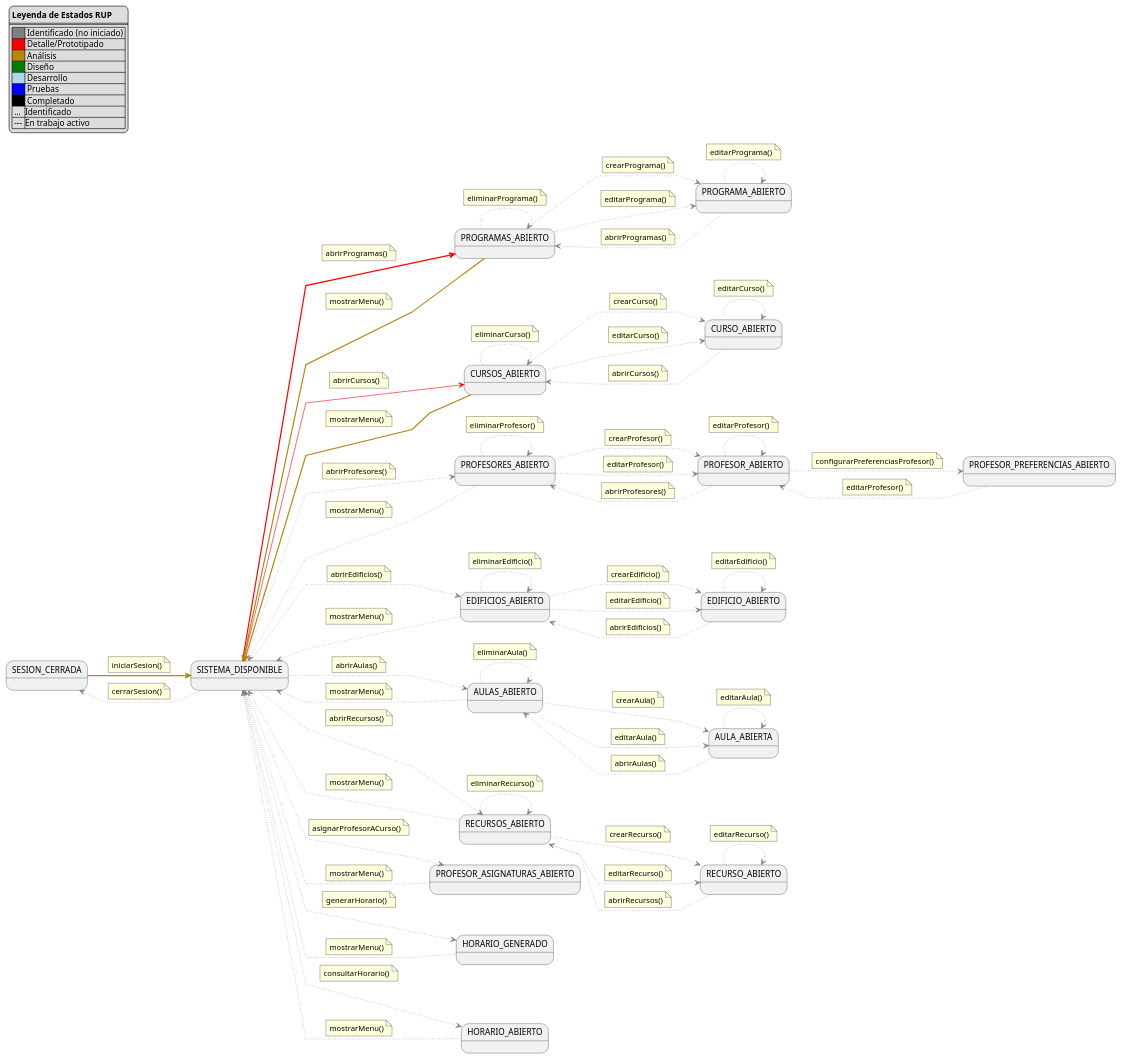
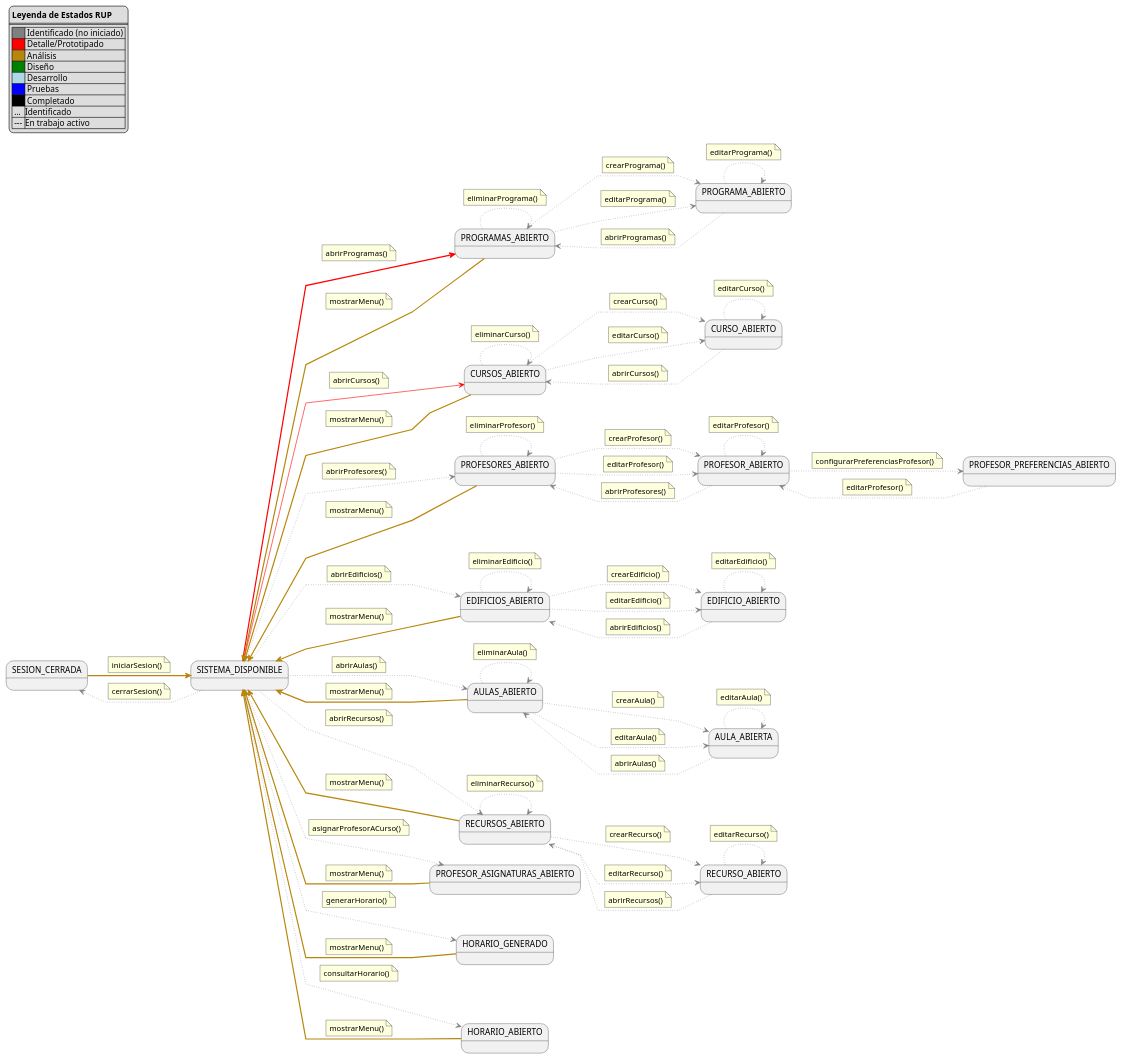
One commit to Hexcss/scheduler changed the diagram in RUP/99-seguimiento/diagrama-contexto-administrador.puml. Above: the diagram before and after it, drawn with PlantUML. The commit also changed 1 other file, not shown here.

Commit message:
fix: corrección de mostrarMenu()

```diff
--- a/RUP/99-seguimiento/diagrama-contexto-administrador.puml
+++ b/RUP/99-seguimiento/diagrama-contexto-administrador.puml
@@ -263,37 +263,37 @@
         mostrarMenu()
     end note
 
-ListProfesores -[#gray,dotted]-> Menu
+ListProfesores -[#darkgoldenrod,thickness=2]-> Menu
     note on link
         mostrarMenu()
     end note
 
-ListEdificios -[#gray,dotted]-> Menu
+ListEdificios -[#darkgoldenrod,thickness=2]-> Menu
     note on link
         mostrarMenu()
     end note
 
-ListAulas -[#gray,dotted]-> Menu
+ListAulas -[#darkgoldenrod,thickness=2]-> Menu
     note on link
         mostrarMenu()
     end note
 
-ListRecursos -[#gray,dotted]-> Menu
+ListRecursos -[#darkgoldenrod,thickness=2]-> Menu
     note on link
         mostrarMenu()
     end note
 
-Asignaciones -[#gray,dotted]-> Menu
+Asignaciones -[#darkgoldenrod,thickness=2]-> Menu
     note on link
         mostrarMenu()
     end note
 
-Generacion -[#gray,dotted]-> Menu
+Generacion -[#darkgoldenrod,thickness=2]-> Menu
     note on link
         mostrarMenu()
     end note
 
-Consulta -[#gray,dotted]-> Menu
+Consulta -[#darkgoldenrod,thickness=2]-> Menu
     note on link
         mostrarMenu()
     end note
```
